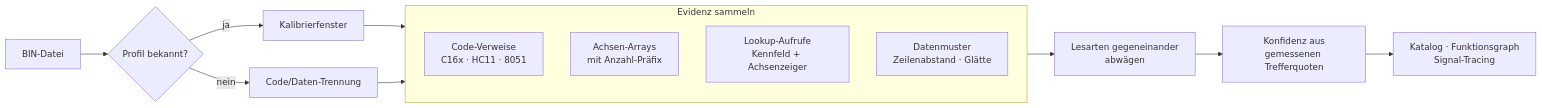
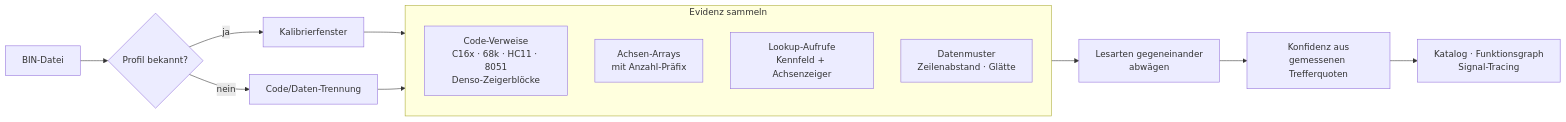
The diagram in README.md (PCTestAdmin/ECU-Studio-AI), drawn with Mermaid before and after one commit. The commit also changed other lines of this file and 8 other files, not shown here.

````diff
--- a/README.md
+++ b/README.md
@@ -52,17 +52,17 @@
 ```mermaid
 flowchart LR
     BIN[BIN-Datei] --> P{Profil bekannt?}
     P -- ja --> W[Kalibrierfenster]
     P -- nein --> M[Code/Daten-Trennung]
     W --> E
     M --> E
     subgraph E[Evidenz sammeln]
-        C[Code-Verweise<br/>C16x · HC11 · 8051]
+        C[Code-Verweise<br/>C16x · 68k · HC11 · 8051<br/>Denso-Zeigerblöcke]
         A[Achsen-Arrays<br/>mit Anzahl-Präfix]
         L[Lookup-Aufrufe<br/>Kennfeld + Achsenzeiger]
         D[Datenmuster<br/>Zeilenabstand · Glätte]
     end
     E --> R[Lesarten gegeneinander<br/>abwägen]
     R --> K[Konfidenz aus<br/>gemessenen Trefferquoten]
     K --> UI[Katalog · Funktionsgraph<br/>Signal-Tracing]
 ```
````
